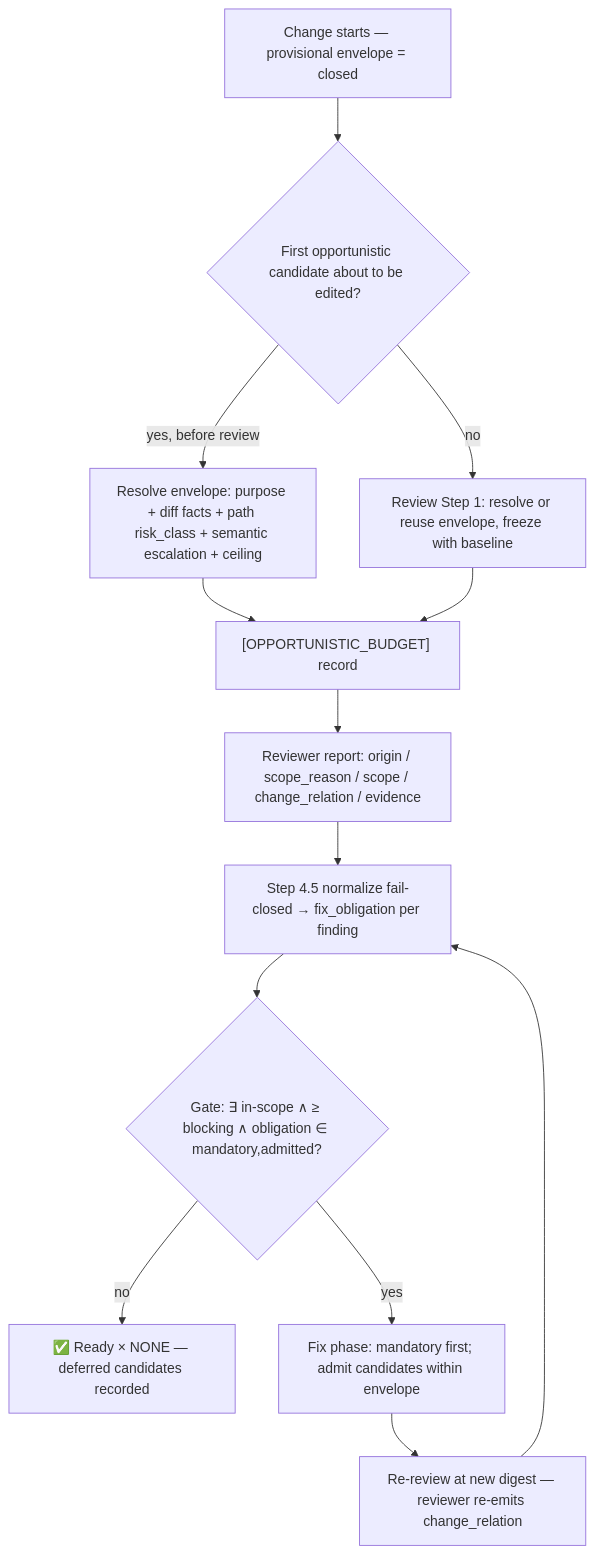
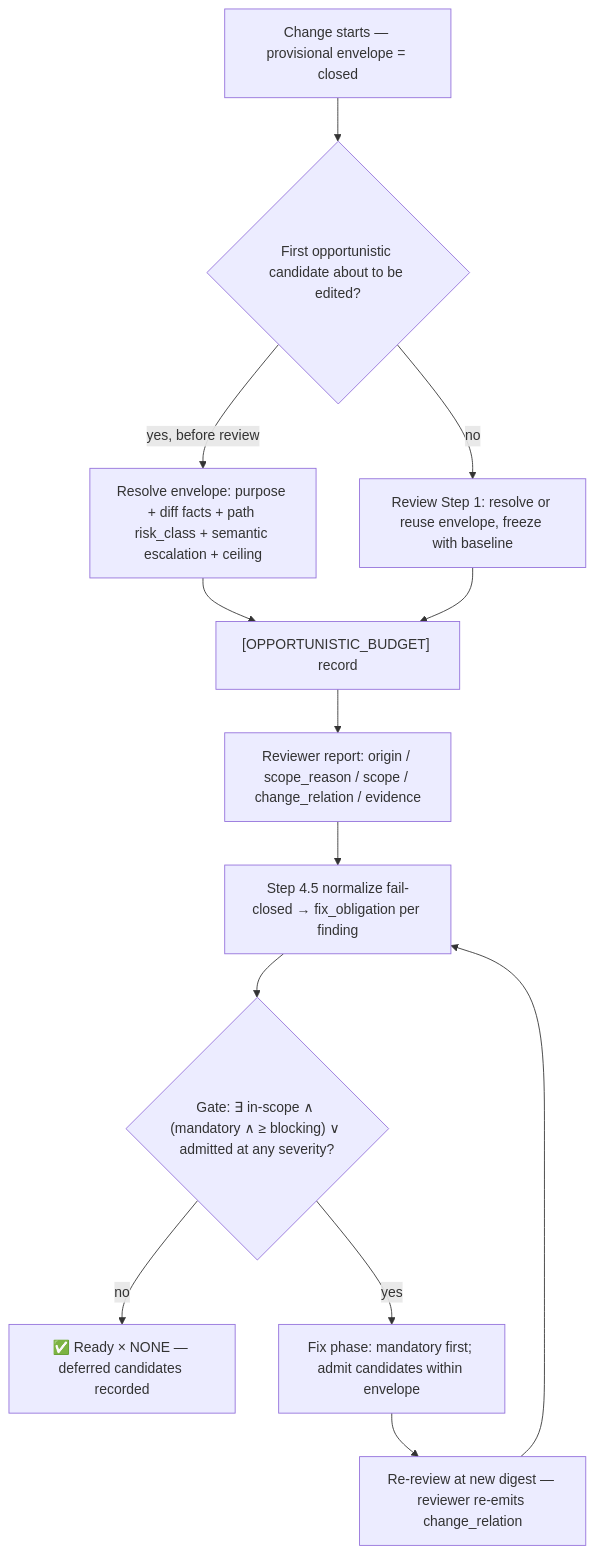
The diagram in docs/features/opportunistic-fix-envelope/2-tech-spec.md (sd0xdev/sd0x-dev-flow), drawn with Mermaid before and after one commit. The commit also changed other lines of this file and 1 other file, not shown here.

````diff
--- a/docs/features/opportunistic-fix-envelope/2-tech-spec.md
+++ b/docs/features/opportunistic-fix-envelope/2-tech-spec.md
@@ -65,15 +65,15 @@
 ```mermaid
 flowchart TD
     S[Change starts — provisional envelope = closed] --> T{First opportunistic candidate about to be edited?}
     T -->|yes, before review| L[Resolve envelope: purpose + diff facts + path risk_class + semantic escalation + ceiling]
     T -->|no| R1[Review Step 1: resolve or reuse envelope, freeze with baseline]
     L --> REC["[OPPORTUNISTIC_BUDGET] record"]
     R1 --> REC
     REC --> RV[Reviewer report: origin / scope_reason / scope / change_relation / evidence]
     RV --> N[Step 4.5 normalize fail-closed → fix_obligation per finding]
-    N --> G{Gate: ∃ in-scope ∧ ≥ blocking ∧ obligation ∈ mandatory,admitted?}
+    N --> G{"Gate: ∃ in-scope ∧ (mandatory ∧ ≥ blocking) ∨ admitted at any severity?"}
     G -->|no| RDY["✅ Ready × NONE — deferred candidates recorded"]
     G -->|yes| FIX[Fix phase: mandatory first; admit candidates within envelope]
     FIX --> RR[Re-review at new digest — reviewer re-emits change_relation]
     RR --> N
 ```
````
